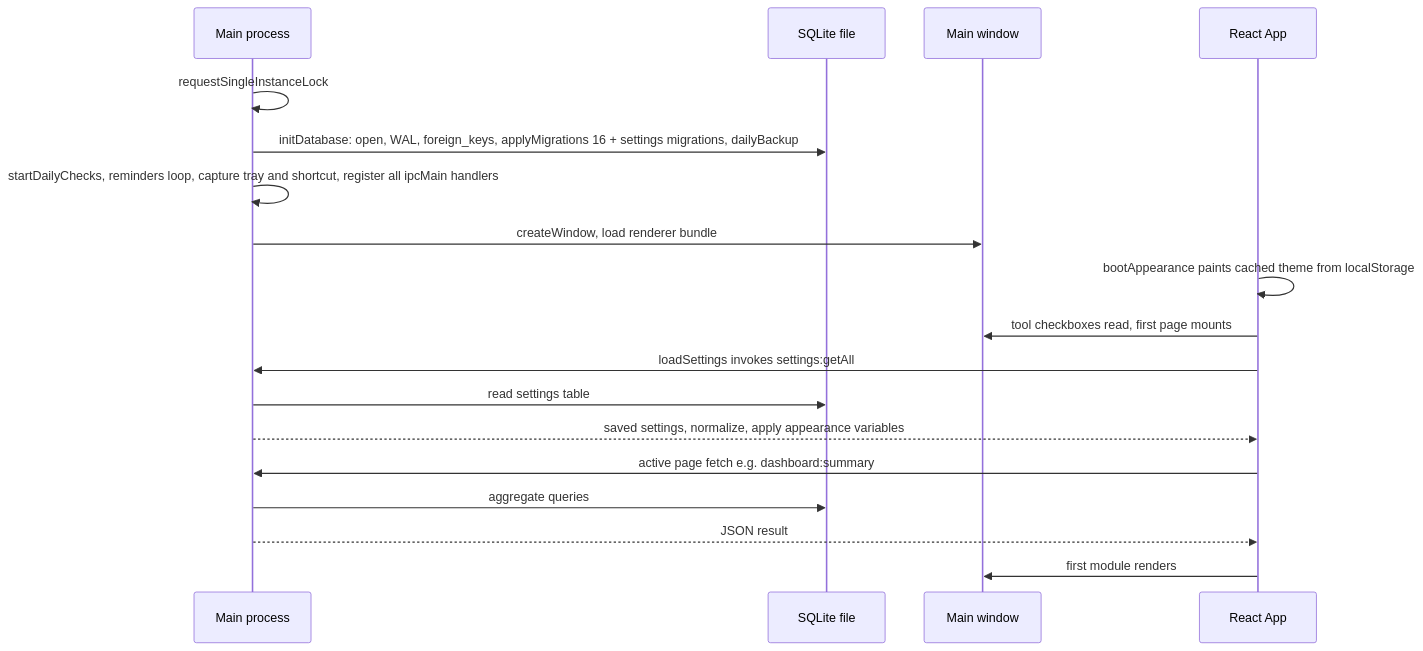
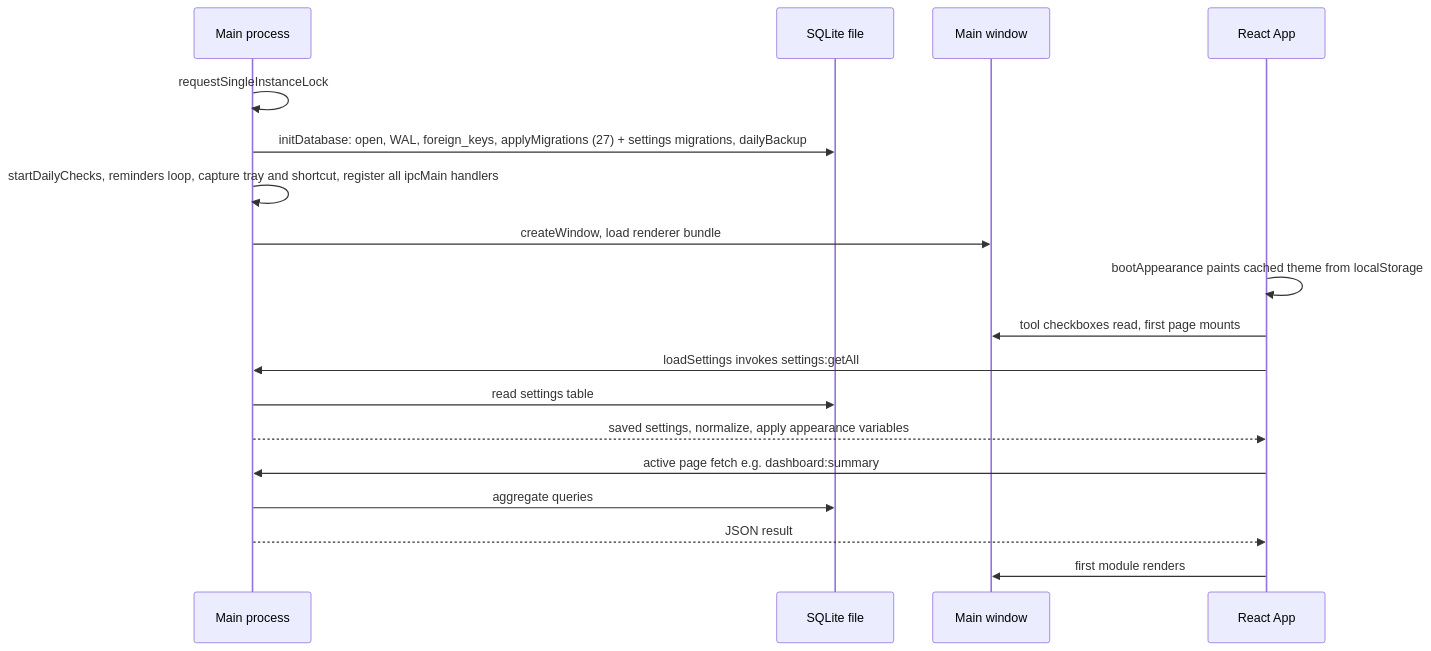
The second of 6 diagrams in docs/architecture.md (Exceed-afk/feeblests-everything), drawn with Mermaid before and after one commit. The commit also changed other lines of this file and 80 other files, not shown here.

````diff
--- a/docs/architecture.md
+++ b/docs/architecture.md
@@ -209,20 +207,20 @@
 ```mermaid
 sequenceDiagram
     participant Main as Main process
     participant DB as SQLite file
     participant Win as Main window
     participant App as React App
     Main->>Main: requestSingleInstanceLock
-    Main->>DB: initDatabase: open, WAL, foreign_keys, applyMigrations 16 + settings migrations, dailyBackup
+    Main->>DB: initDatabase: open, WAL, foreign_keys, applyMigrations (27) + settings migrations, dailyBackup
     Main->>Main: startDailyChecks, reminders loop, capture tray and shortcut, register all ipcMain handlers
     Main->>Win: createWindow, load renderer bundle
     App->>App: bootAppearance paints cached theme from localStorage
     App->>Win: tool checkboxes read, first page mounts
     App->>Main: loadSettings invokes settings:getAll
     Main->>DB: read settings table
     Main-->>App: saved settings, normalize, apply appearance variables
     App->>Main: active page fetch e.g. dashboard:summary
     Main->>DB: aggregate queries
     Main-->>App: JSON result
     App->>Win: first module renders
 ```
````
